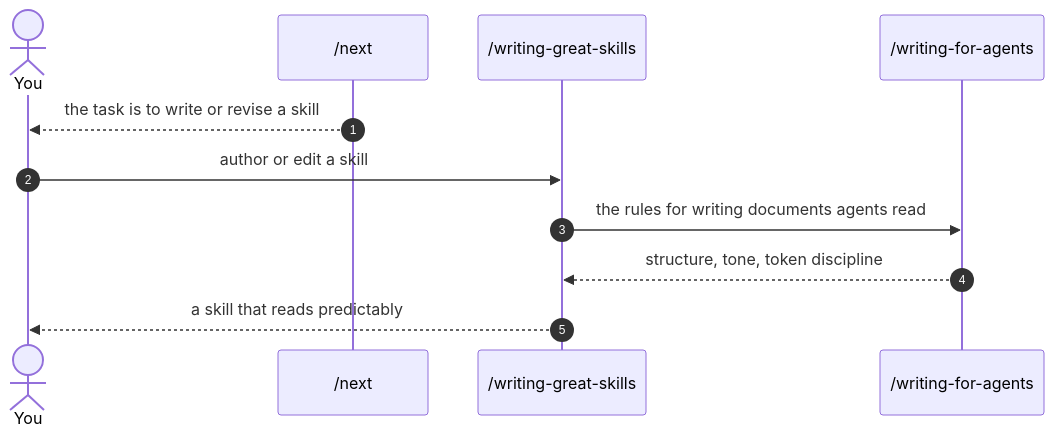
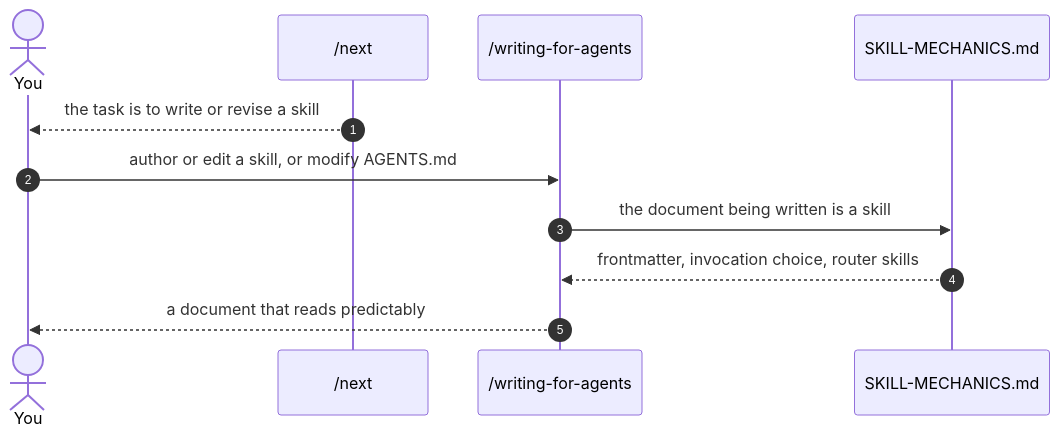
One commit to bradcstevens/git-loopy-skills changed diagram 11 of 12 in docs/skill-connections.md. Above: the diagram before and after it, drawn with Mermaid. The commit also changed other lines of this file and 7 other files, not shown here.

First line of the commit message:
Drop writing-great-skills in favour of writing-for-agents

````diff
--- a/docs/skill-connections.md
+++ b/docs/skill-connections.md
@@ -460,14 +460,14 @@
 ```mermaid
 sequenceDiagram
     autonumber
     actor U as You
     participant NX as /next
-    participant WGS as /writing-great-skills
     participant WFA as /writing-for-agents
+    participant SM as SKILL-MECHANICS.md
 
     NX-->>U: the task is to write or revise a skill
-    U->>WGS: author or edit a skill
-    WGS->>WFA: the rules for writing documents agents read
-    WFA-->>WGS: structure, tone, token discipline
-    WGS-->>U: a skill that reads predictably
+    U->>WFA: author or edit a skill, or modify AGENTS.md
+    WFA->>SM: the document being written is a skill
+    SM-->>WFA: frontmatter, invocation choice, router skills
+    WFA-->>U: a document that reads predictably
 ```
````
